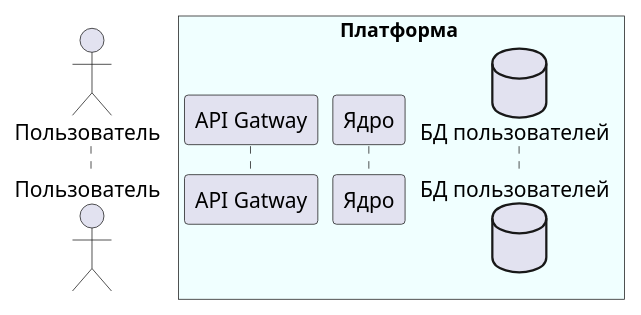
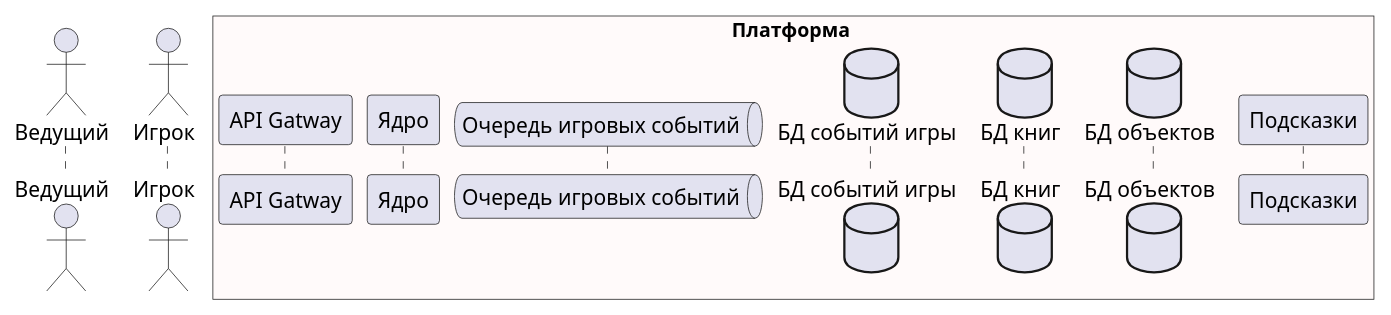
One commit to butakovmv/d20e_arch changed the diagram in chart/sequence/play_encounter.puml. Above: the diagram before and after it, drawn with PlantUML. The commit also changed 44 other files, not shown here.

Commit message:
Диаграммы последовательности

```diff
--- a/chart/sequence/play_encounter.puml
+++ b/chart/sequence/play_encounter.puml
@@ -1,11 +1,15 @@
 @startuml
-actor "Пользователь" as user
-actor "Пользователь" as user
-box Платформа #azure
+actor "Ведущий" as dm
+actor "Игрок" as player
+box Платформа #snow
 participant "API Gatway" as gateway
 participant "Ядро" as core
-database "БД пользователей" as userDB
+queue "Очередь игровых событий" as eventQueue
+database "БД событий игры" as eventDB
+database "БД книг" as bookDB
+database "БД объектов" as objectDB
+participant "Подсказки" as hints
 end box
 
 
 @enduml
```
